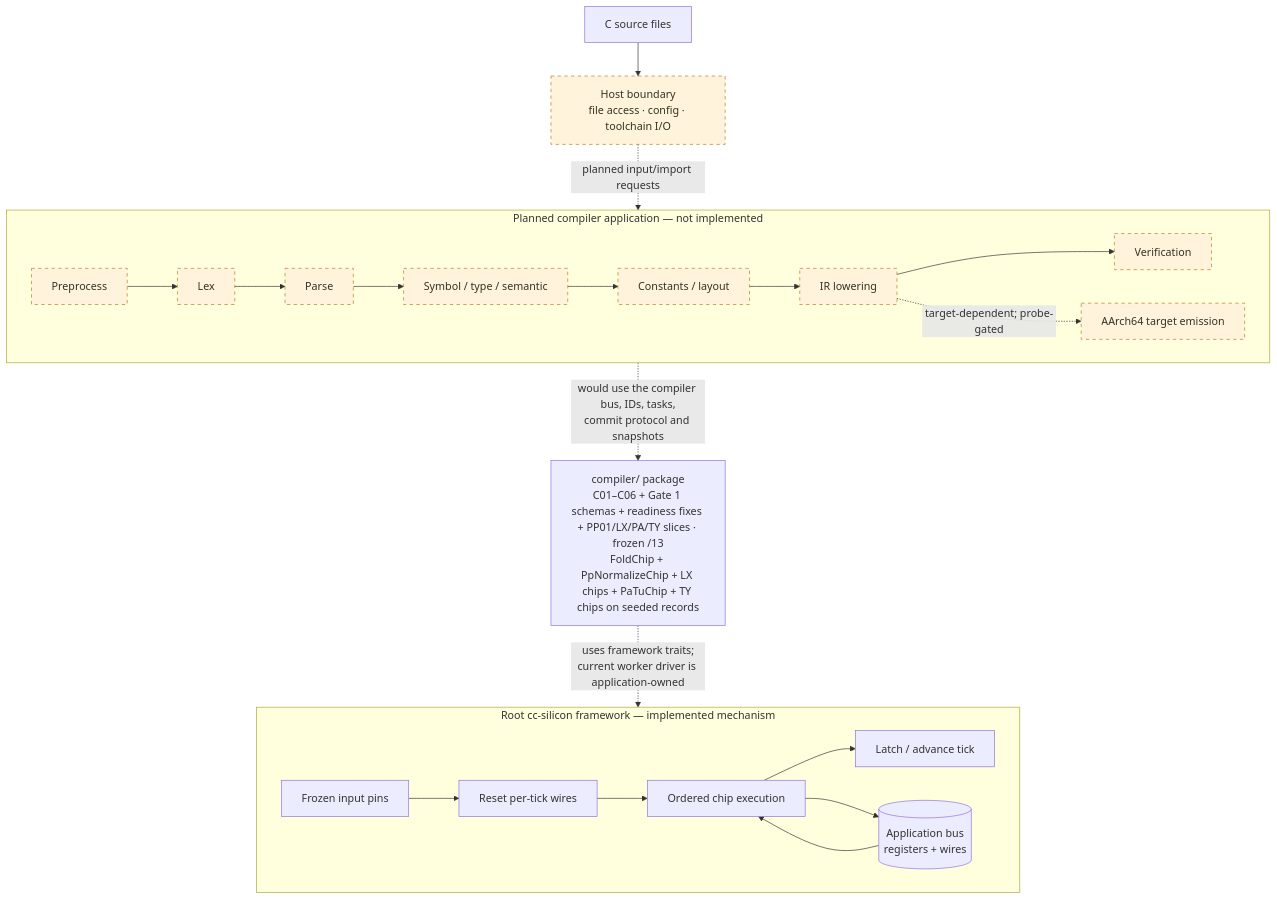
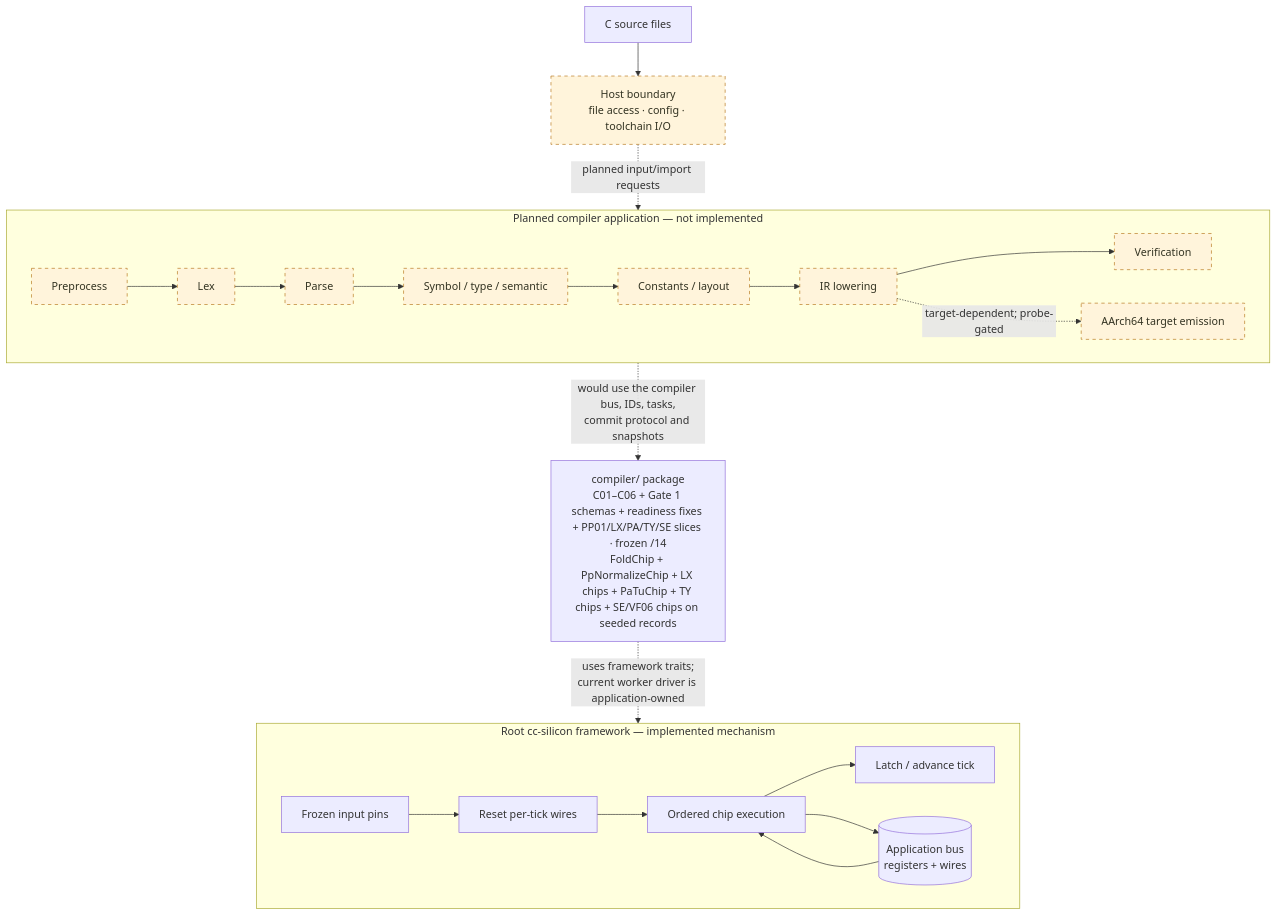
Before and after one commit to immane/cc-silicon: the first of 2 diagrams in README.md, drawn with Mermaid. The commit also changed other lines of this file and 35 other files, not shown here.

````diff
--- a/README.md
+++ b/README.md
@@ -130,28 +130,28 @@
 ```mermaid
 flowchart TB
     SRC["C source files"] --> HOST["Host boundary<br/>file access · config · toolchain I/O"]
     HOST -. "planned input/import requests" .-> PIPE
 
     subgraph PIPE["Planned compiler application — not implemented"]
         direction LR
         PP["Preprocess"] --> LEX["Lex"] --> PARSE["Parse"] --> SEM["Symbol / type / semantic"]
         SEM --> CONST["Constants / layout"] --> IR["IR lowering"] --> VERIFY["Verification"]
         IR -. "target-dependent; probe-gated" .-> TARGET["AArch64 target emission"]
     end
 
-    FOUNDATION["compiler/ package<br/>C01–C06 + Gate 1 schemas + readiness fixes + PP01/LX/PA/TY slices · frozen /13<br/>FoldChip + PpNormalizeChip + LX chips + PaTuChip + TY chips on seeded records"]
+    FOUNDATION["compiler/ package<br/>C01–C06 + Gate 1 schemas + readiness fixes + PP01/LX/PA/TY/SE slices · frozen /14<br/>FoldChip + PpNormalizeChip + LX chips + PaTuChip + TY chips + SE/VF06 chips on seeded records"]
     PIPE -. "would use the compiler bus, IDs, tasks,<br/>commit protocol and snapshots" .-> FOUNDATION
 
     subgraph RUNTIME["Root cc-silicon framework — implemented mechanism"]
         direction LR
         PINS["Frozen input pins"] --> RESET["Reset per-tick wires"] --> CHIPS["Ordered chip execution"]
         CHIPS --> LATCH["Latch / advance tick"]
         BUS[("Application bus<br/>registers + wires")]
         BUS --> CHIPS
         CHIPS --> BUS
     end
     FOUNDATION -. "uses framework traits;<br/>current worker driver is application-owned" .-> RUNTIME
 
     classDef planned fill:#fff4db,stroke:#b7791f,stroke-dasharray:5 5,color:#332;
     class PP,LEX,PARSE,SEM,CONST,IR,VERIFY,TARGET,HOST planned;
 ```
````
